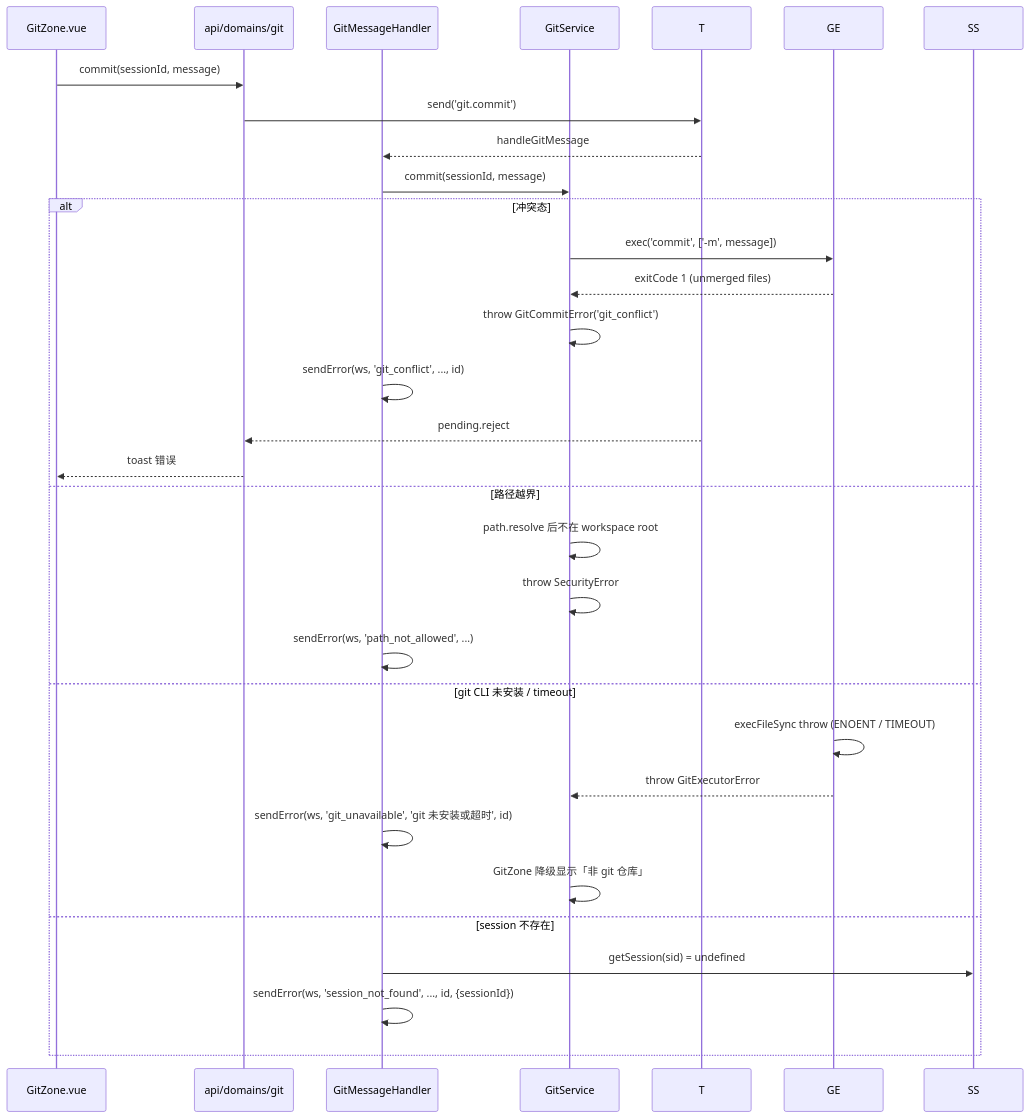
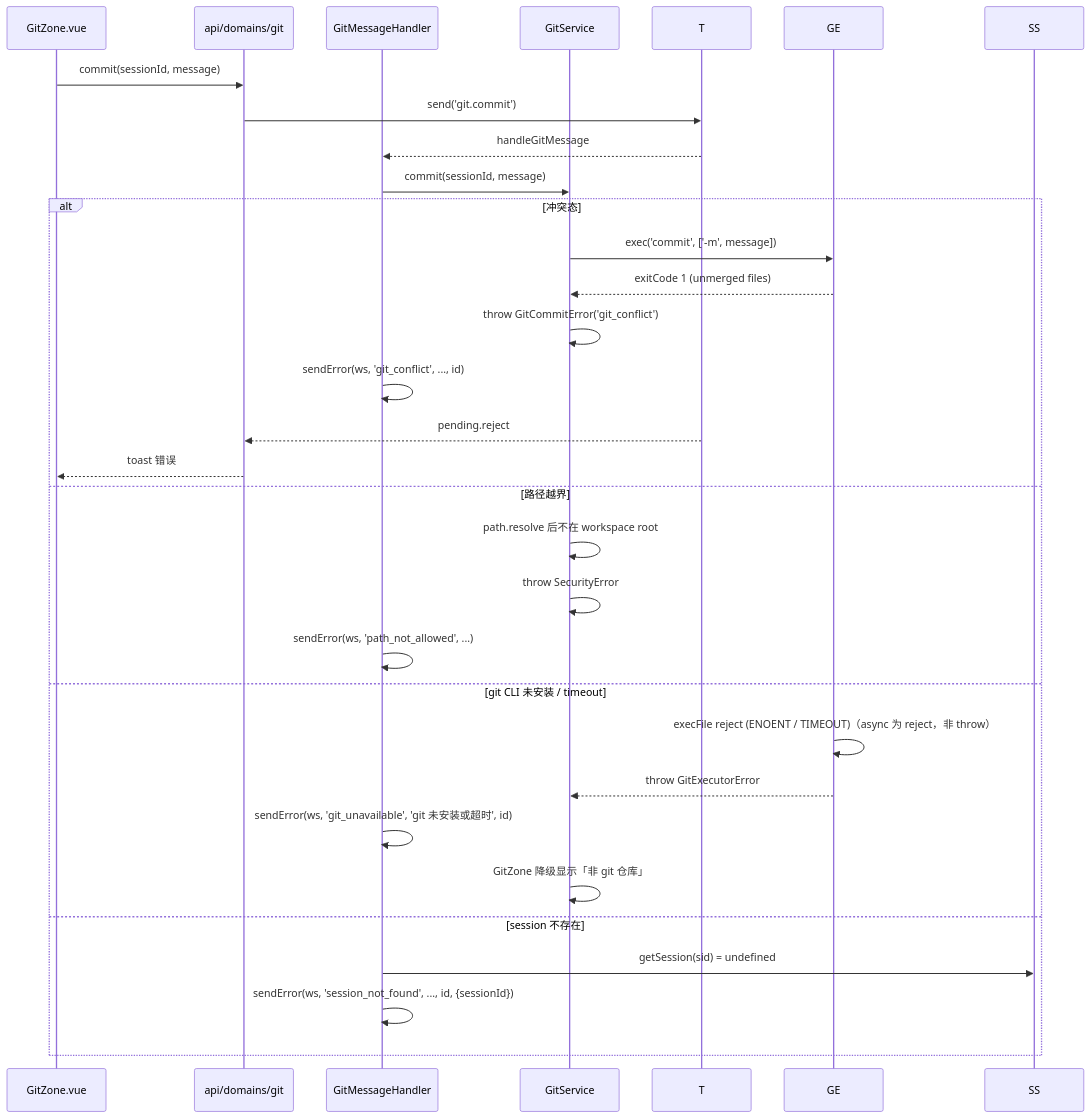
Before and after one commit to zhushanwen321/xyz-agent: the fourth of 17 diagrams in .xyz-harness/2026-06-23-render-runtime-integration/code-architecture.md, drawn with Mermaid. The commit also changed other lines of this file and 9 other files, not shown here.

````diff
--- a/.xyz-harness/2026-06-23-render-runtime-integration/code-architecture.md
+++ b/.xyz-harness/2026-06-23-render-runtime-integration/code-architecture.md
@@ -474,32 +474,32 @@
 ```mermaid
 sequenceDiagram
     participant GZ as GitZone.vue
     participant GD as api/domains/git
     participant GH as GitMessageHandler
     participant GS as GitService
 
     GZ->>GD: commit(sessionId, message)
     GD->>T: send('git.commit')
     T-->>GH: handleGitMessage
     GH->>GS: commit(sessionId, message)
     alt 冲突态
         GS->>GE: exec('commit', ['-m', message])
         GE-->>GS: exitCode 1 (unmerged files)
         GS->>GS: throw GitCommitError('git_conflict')
         GH->>GH: sendError(ws, 'git_conflict', ..., id)
         T-->>GD: pending.reject
         GD-->>GZ: toast 错误
     else 路径越界
         GS->>GS: path.resolve 后不在 workspace root
         GS->>GS: throw SecurityError
         GH->>GH: sendError(ws, 'path_not_allowed', ...)
     else git CLI 未安装 / timeout
-        GE->>GE: execFileSync throw (ENOENT / TIMEOUT)
+        GE->>GE: execFile reject (ENOENT / TIMEOUT)（async 为 reject，非 throw）
         GE-->>GS: throw GitExecutorError
         GH->>GH: sendError(ws, 'git_unavailable', 'git 未安装或超时', id)
         GS->>GS: GitZone 降级显示「非 git 仓库」
     else session 不存在
         GH->>SS: getSession(sid) = undefined
         GH->>GH: sendError(ws, 'session_not_found', ..., id, {sessionId})
     end
 ```
````
